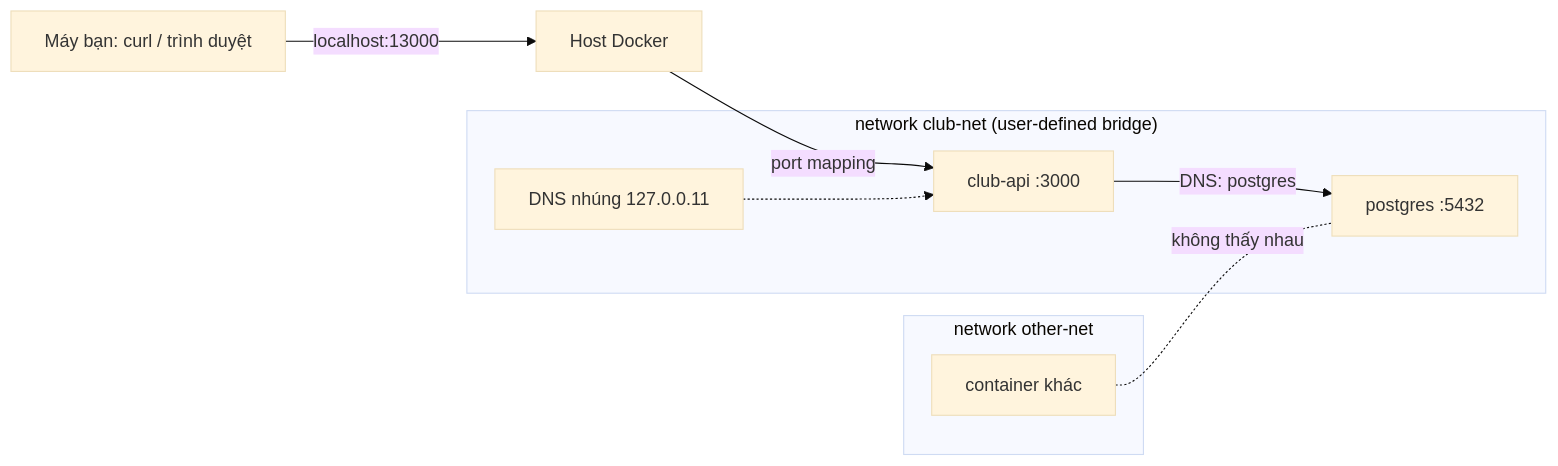
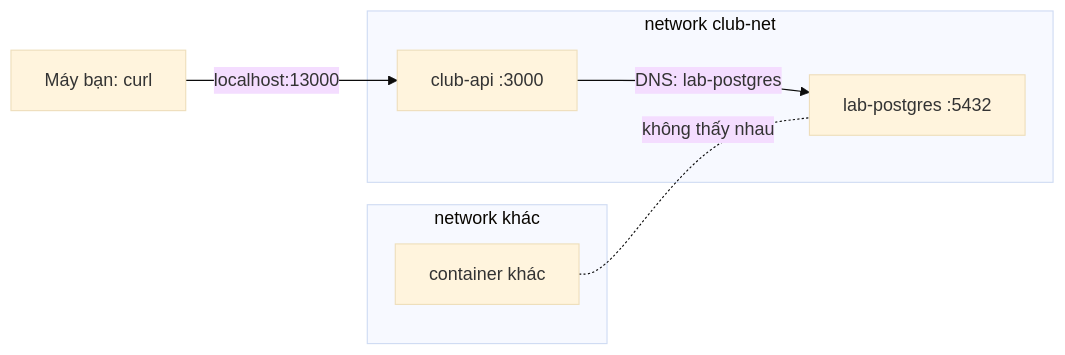
One commit to TienNHM/devops-course changed the diagram in labs/week-06/session-11.md. Above: the diagram before and after it, drawn with Mermaid (base theme). The commit also changed other lines of this file and 266 other files, not shown here.

````diff
--- a/labs/week-06/session-11.md
+++ b/labs/week-06/session-11.md
@@ -91,13 +54,11 @@
 ```mermaid
 flowchart LR
-    Browser["Máy bạn: curl / trình duyệt"] -->|"localhost:13000"| Host["Host Docker"]
-    Host -->|"port mapping"| API
-    subgraph club-net ["network club-net (user-defined bridge)"]
-        API["club-api :3000"] -->|"DNS: postgres"| DB["postgres :5432"]
-        DNS["DNS nhúng 127.0.0.11"] -.-> API
+    Browser["Máy bạn: curl"] -->|"localhost:13000"| API
+    subgraph club-net ["network club-net"]
+        API["club-api :3000"] -->|"DNS: lab-postgres"| DB["lab-postgres :5432"]
     end
-    subgraph other-net ["network other-net"]
+    subgraph other-net ["network khác"]
         Other["container khác"]
     end
     Other -.-|"không thấy nhau"| DB
 ```
````
